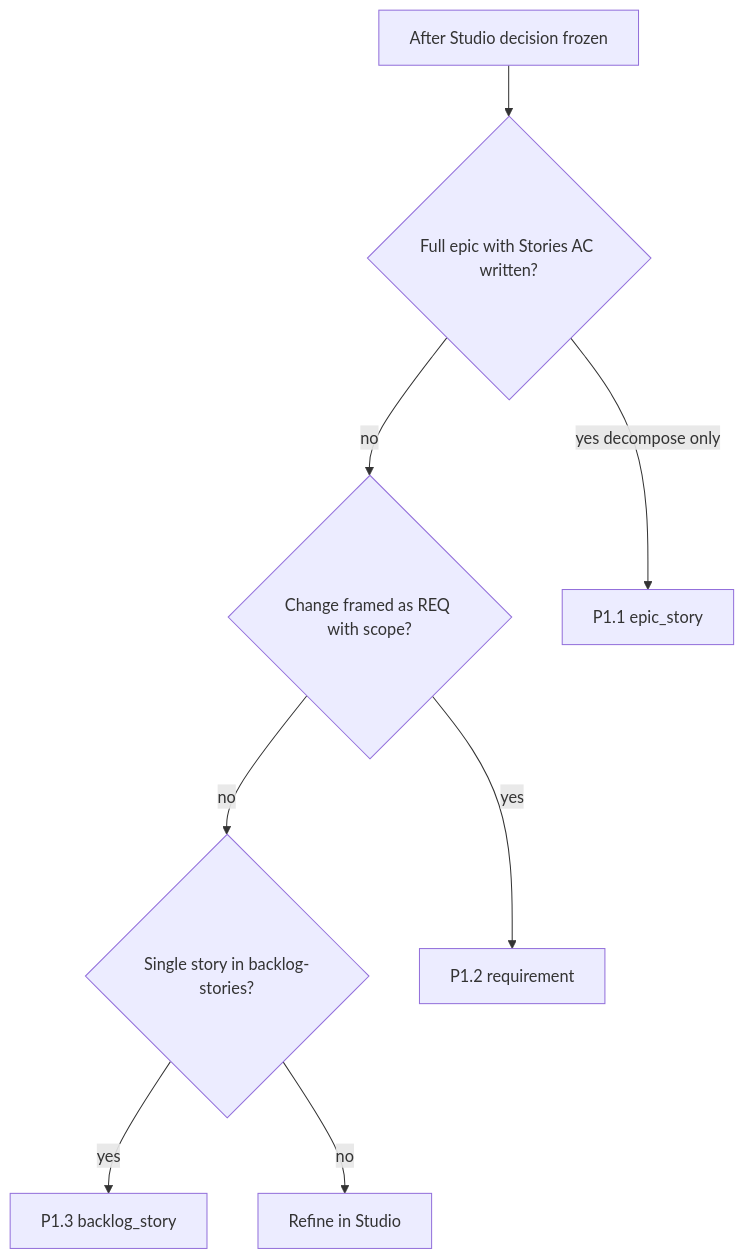
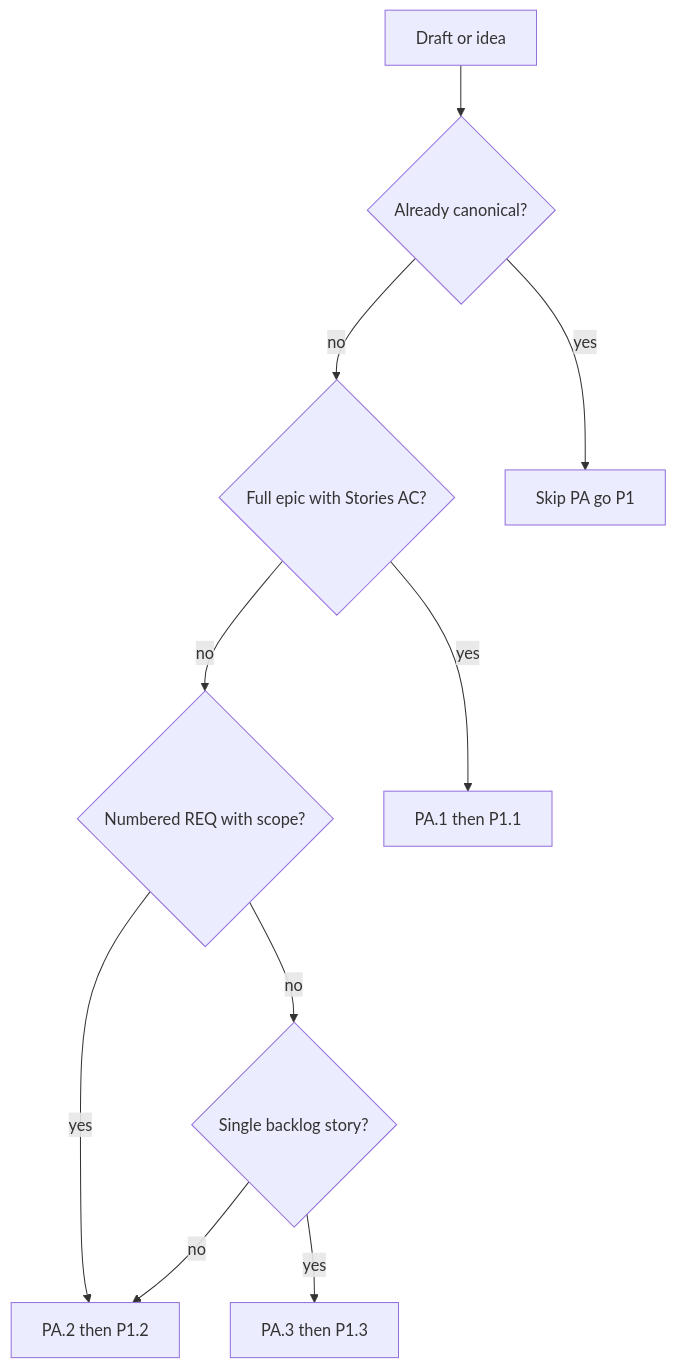
The second of 2 diagrams in Zeya888-builder-queue/curriculum/06-architect-studio-and-p1-intakes.md (eslinko/cursor-rules), drawn with Mermaid before and after one commit. The commit also changed other lines of this file and 22 other files, not shown here.

First line of the commit message:
docs(builder-queue): fixed plan attach flow, P6 prompts, scripts contract (v1.4.8)

````diff
--- a/Zeya888-builder-queue/curriculum/06-architect-studio-and-p1-intakes.md
+++ b/Zeya888-builder-queue/curriculum/06-architect-studio-and-p1-intakes.md
@@ -100,18 +107,21 @@
 ```mermaid
 flowchart TD
-  start[After Studio decision frozen]
-  q1{Full epic with Stories AC written?}
-  q2{Change framed as REQ with scope?}
-  q3{Single story in backlog-stories?}
-  p11[P1.1 epic_story]
-  p12[P1.2 requirement]
-  p13[P1.3 backlog_story]
-  refine[Refine in Studio]
-  start --> q1
-  q1 -->|yes decompose only| p11
+  start[Draft or idea]
+  raw{Already canonical?}
+  q1{Full epic with Stories AC?}
+  q2{Numbered REQ with scope?}
+  q3{Single backlog story?}
+  pa1[PA.1 then P1.1]
+  pa2[PA.2 then P1.2]
+  pa3[PA.3 then P1.3]
+  skip[Skip PA go P1]
+  start --> raw
+  raw -->|yes| skip
+  raw -->|no| q1
+  q1 -->|yes| pa1
   q1 -->|no| q2
-  q2 -->|yes| p12
+  q2 -->|yes| pa2
   q2 -->|no| q3
-  q3 -->|yes| p13
-  q3 -->|no| refine
+  q3 -->|yes| pa3
+  q3 -->|no| pa2
 ```
````
